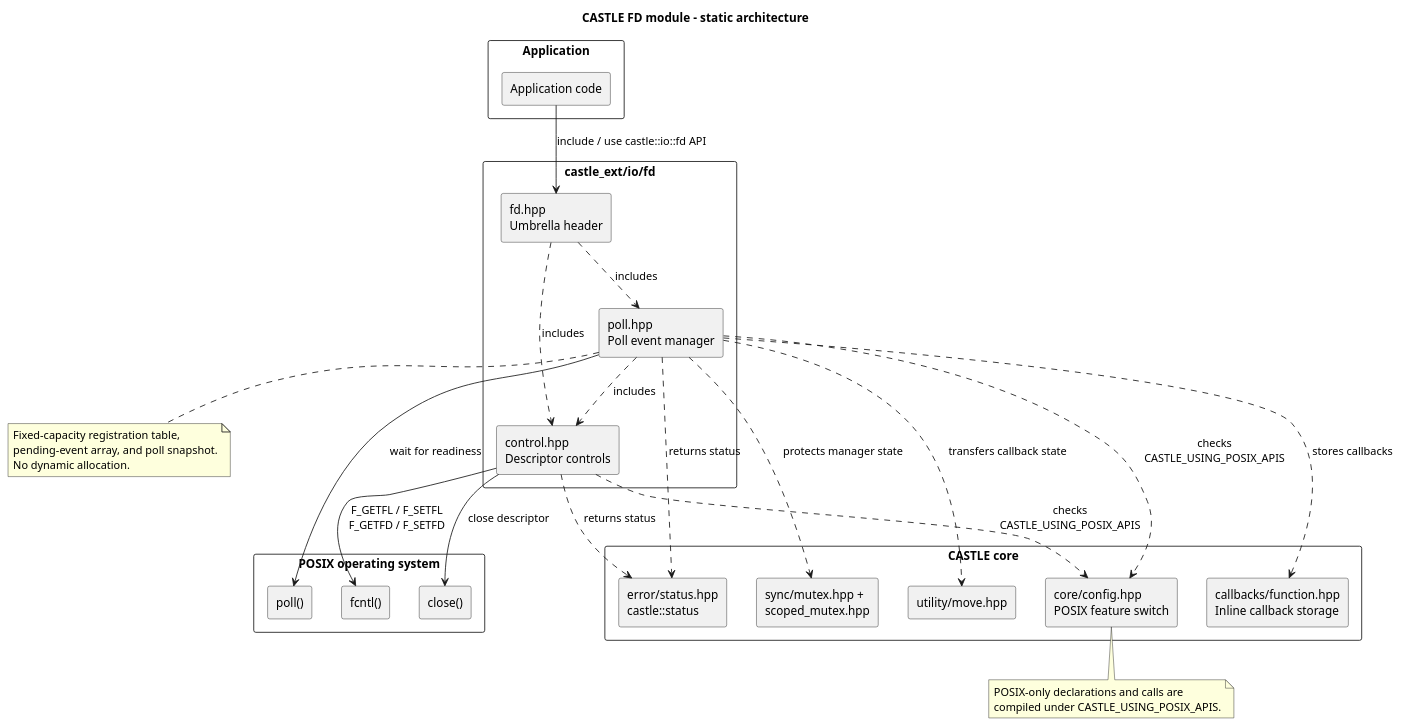
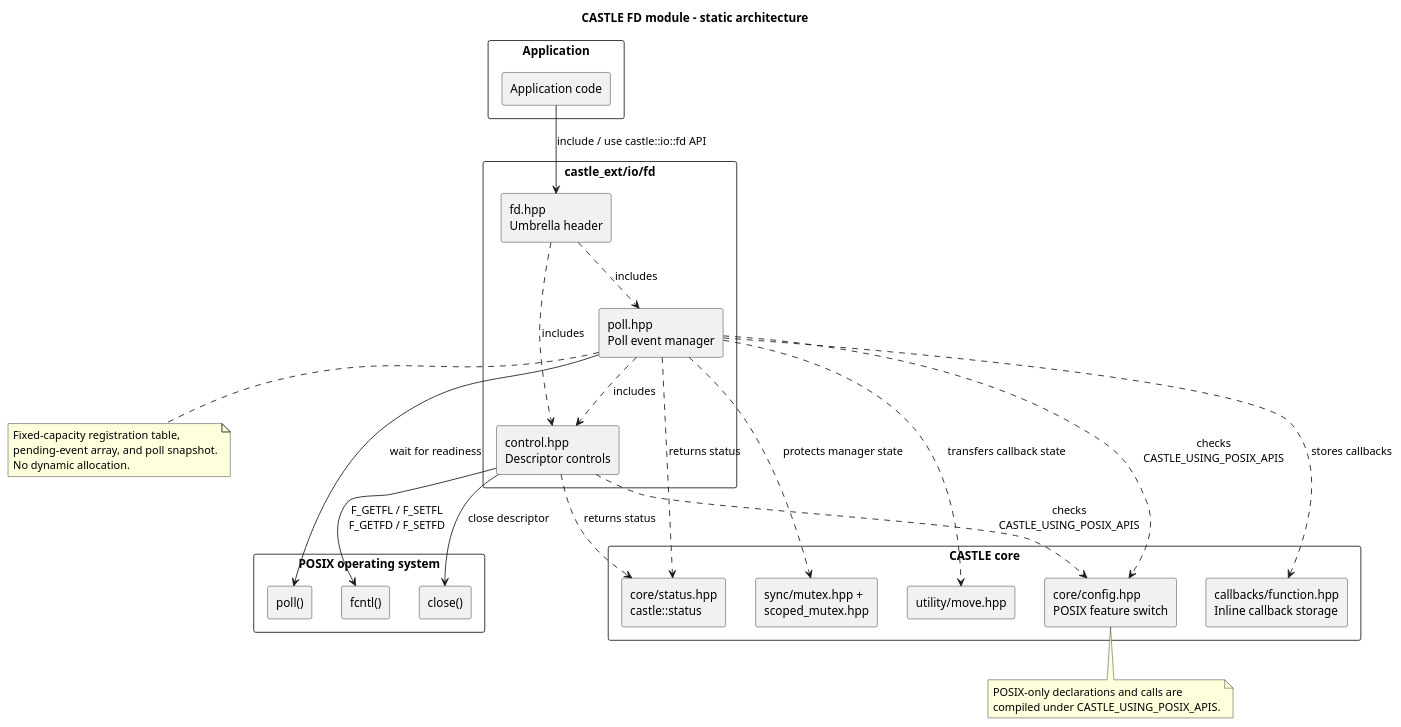
One commit to nguyenchiemminhvu/castle changed the first of 3 diagrams in docs/castle_ext/io/fd/README.md. Above: the diagram before and after it, drawn with PlantUML. The commit also changed 263 other files, not shown here.

Commit message:
castle 2.0 migrate error/status into core

````diff
--- a/docs/castle_ext/io/fd/README.md
+++ b/docs/castle_ext/io/fd/README.md
@@ -48,60 +48,60 @@
 ```plantuml
 @startuml
  title CASTLE FD module - static architecture
 
  skinparam componentStyle rectangle
  skinparam packageStyle rectangle
 
  package "Application" {
    [Application code] as APP
  }
 
  package "castle_ext/io/fd" {
    [fd.hpp\nUmbrella header] as UMB
    [control.hpp\nDescriptor controls] as CTRL
    [poll.hpp\nPoll event manager] as POLL
  }
 
  package "CASTLE core" {
    [core/config.hpp\nPOSIX feature switch] as CONFIG
-   [error/status.hpp\ncastle::status] as STATUS
+   [core/status.hpp\ncastle::status] as STATUS
    [callbacks/function.hpp\nInline callback storage] as CALLBACK
    [sync/mutex.hpp +\nscoped_mutex.hpp] as SYNC
    [utility/move.hpp] as MOVE
  }
 
  package "POSIX operating system" {
    [fcntl()] as FCNTL
    [close()] as CLOSE
    [poll()] as POSIX_POLL
  }
 
  APP --> UMB : include / use castle::io::fd API
  UMB ..> CTRL : includes
  UMB ..> POLL : includes
  POLL ..> CTRL : includes
 
  CTRL ..> CONFIG : checks\nCASTLE_USING_POSIX_APIS
  POLL ..> CONFIG : checks\nCASTLE_USING_POSIX_APIS
  CTRL ..> STATUS : returns status
  POLL ..> STATUS : returns status
  POLL ..> CALLBACK : stores callbacks
  POLL ..> SYNC : protects manager state
  POLL ..> MOVE : transfers callback state
 
  CTRL --> FCNTL : F_GETFL / F_SETFL\nF_GETFD / F_SETFD
  CTRL --> CLOSE : close descriptor
  POLL --> POSIX_POLL : wait for readiness
 
  note bottom of POLL
    Fixed-capacity registration table,
    pending-event array, and poll snapshot.
    No dynamic allocation.
  end note
 
  note bottom of CONFIG
    POSIX-only declarations and calls are
    compiled under CASTLE_USING_POSIX_APIS.
  end note
 @enduml
 ```
````
